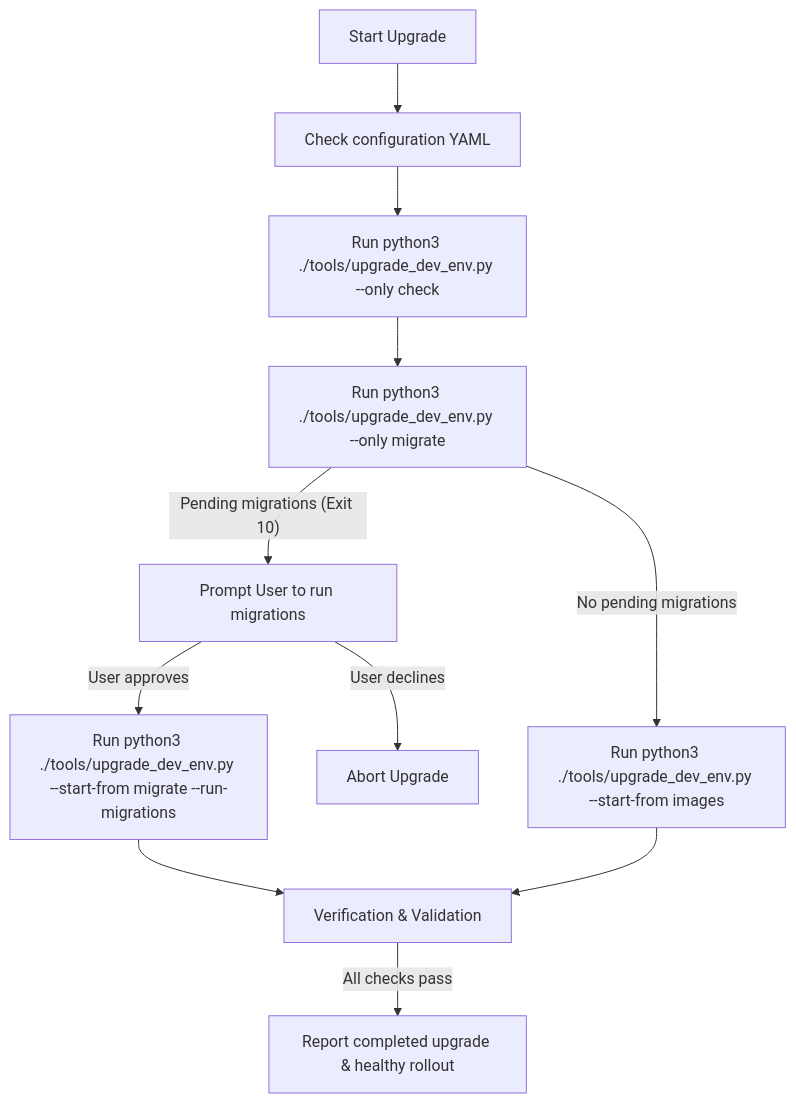
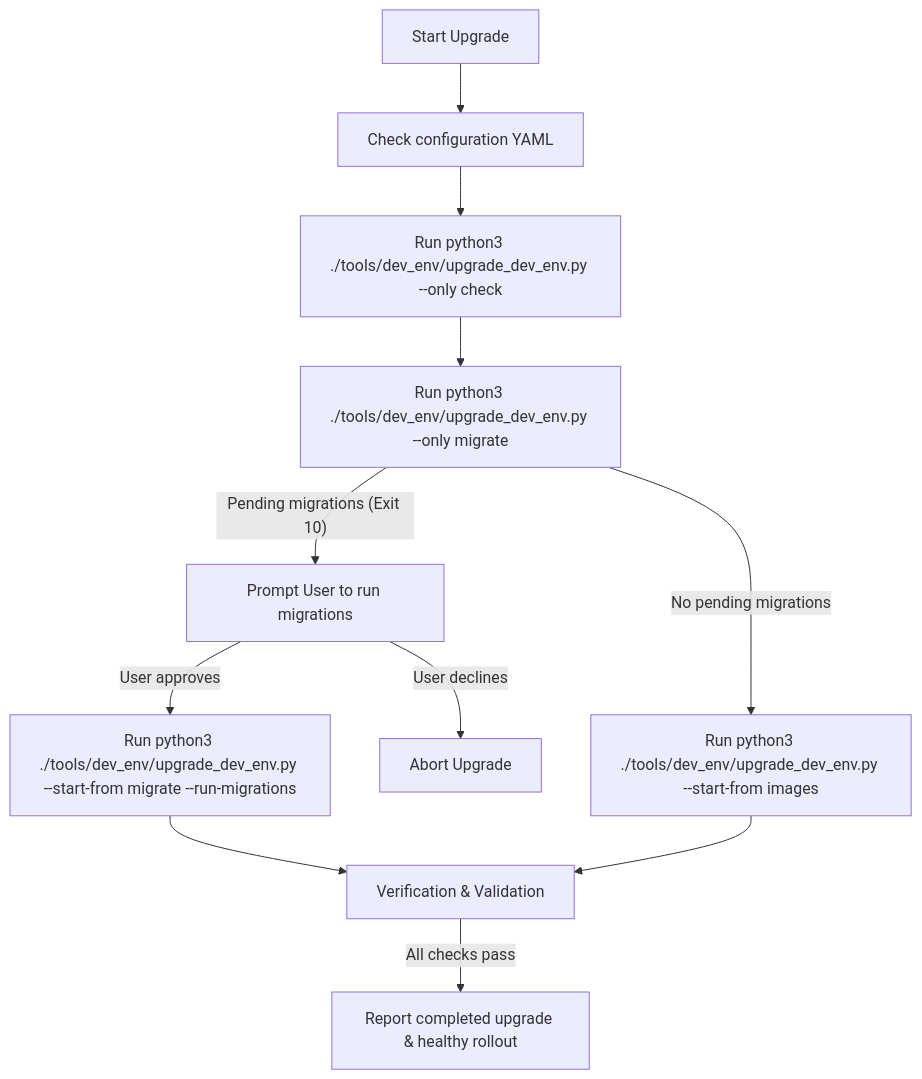
One commit to google/xmc changed the diagram in .agents/skills/xmc_upgrade/SKILL.md. Above: the diagram before and after it, drawn with Mermaid. The commit also changed other lines of this file and 99 other files, not shown here.

````diff
--- a/.agents/skills/xmc_upgrade/SKILL.md
+++ b/.agents/skills/xmc_upgrade/SKILL.md
@@ -21,13 +21,13 @@
 ```mermaid
 graph TD
     Start[Start Upgrade] --> CheckEnv["Check configuration YAML"]
-    CheckEnv --> CheckRun["Run python3 ./tools/upgrade_dev_env.py --only check"]
-    CheckRun --> MigrateCheck["Run python3 ./tools/upgrade_dev_env.py --only migrate"]
-    MigrateCheck -->|No pending migrations| AutoRun["Run python3 ./tools/upgrade_dev_env.py --start-from images"]
+    CheckEnv --> CheckRun["Run python3 ./tools/dev_env/upgrade_dev_env.py --only check"]
+    CheckRun --> MigrateCheck["Run python3 ./tools/dev_env/upgrade_dev_env.py --only migrate"]
+    MigrateCheck -->|No pending migrations| AutoRun["Run python3 ./tools/dev_env/upgrade_dev_env.py --start-from images"]
     MigrateCheck -->|"Pending migrations (Exit 10)"| PromptUser["Prompt User to run migrations"]
     PromptUser -->|User declines| Abort["Abort Upgrade"]
-    PromptUser -->|User approves| AutoRunMigrate["Run python3 ./tools/upgrade_dev_env.py --start-from migrate --run-migrations"]
+    PromptUser -->|User approves| AutoRunMigrate["Run python3 ./tools/dev_env/upgrade_dev_env.py --start-from migrate --run-migrations"]
     AutoRunMigrate --> Verify["Verification & Validation"]
     AutoRun --> Verify
     Verify -->|All checks pass| L["Report completed upgrade & healthy rollout"]
 ```
````
